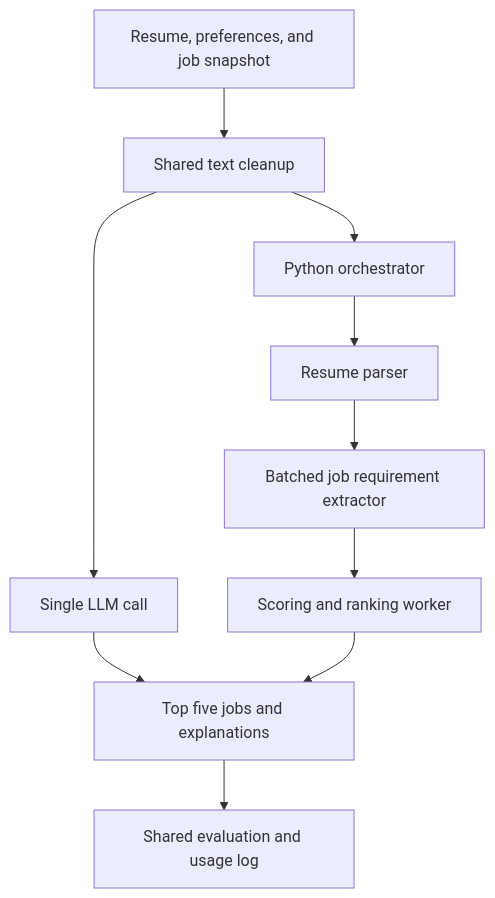
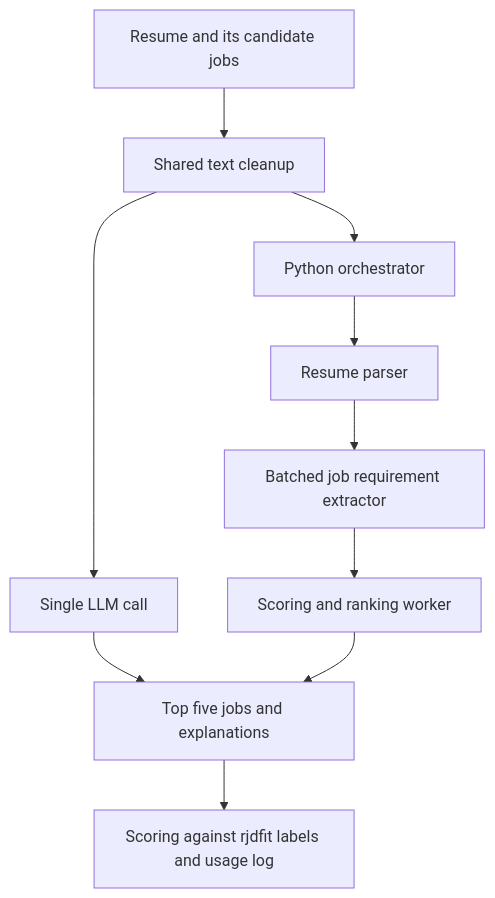
The diagram in README.md (RitvikNeerattil/agentic_resume_matcher), drawn with Mermaid before and after one commit. The commit also changed other lines of this file and 45 other files, not shown here.

First line of the commit message:
Switch evaluation to public rjdfit dataset; remove old workload

````diff
--- a/README.md
+++ b/README.md
@@ -169,12 +119,12 @@
 ```mermaid
 flowchart TD
-    A["Resume, preferences, and job snapshot"] --> B["Shared text cleanup"]
+    A["Resume and its candidate jobs"] --> B["Shared text cleanup"]
     B --> C["Single LLM call"]
     B --> D["Python orchestrator"]
     D --> E["Resume parser"]
     E --> F["Batched job requirement extractor"]
     F --> G["Scoring and ranking worker"]
     C --> H["Top five jobs and explanations"]
     G --> H
-    H --> I["Shared evaluation and usage log"]
+    H --> I["Scoring against rjdfit labels and usage log"]
 ```
````
